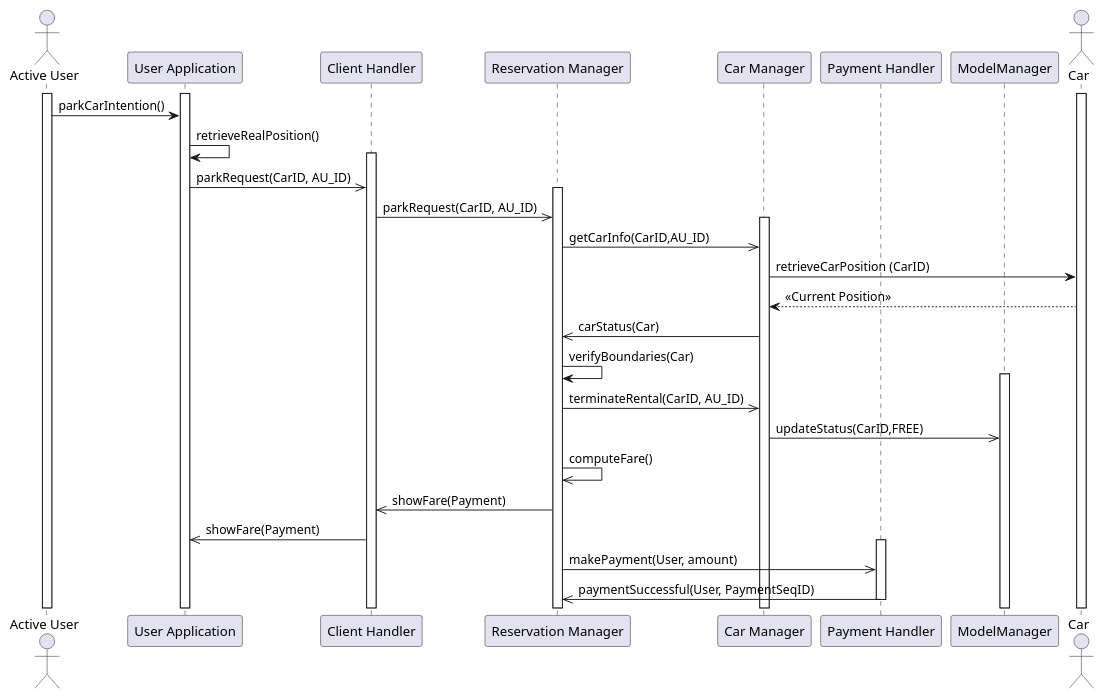
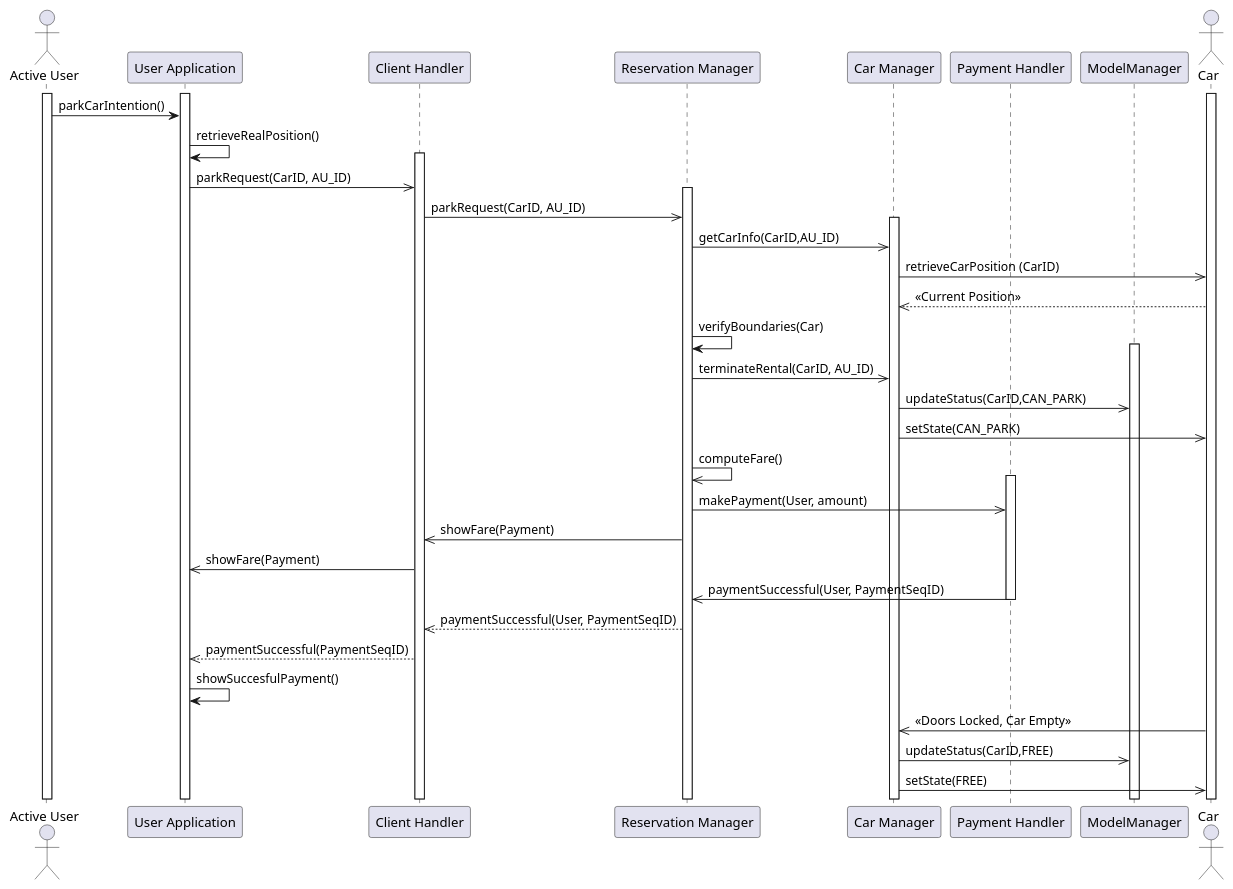
One commit to phisco/sw-eng-2 changed the diagram in DD/Sequence Diagrams/EndRentalInsideSafeZone.pu. Above: the diagram before and after it, drawn with PlantUML. The commit also changed 3 other files, not shown here.

Commit message:
Added UX to LyX. Edited Sequence Diagram.

```diff
--- a/DD/Sequence Diagrams/EndRentalInsideSafeZone.pu
+++ b/DD/Sequence Diagrams/EndRentalInsideSafeZone.pu
@@ -1,41 +1,52 @@
 @startuml
 actor "Active User" as AU
 participant "User Application" as UApp
 participant "Client Handler" as CH
 participant "Reservation Manager" as RM
 participant "Car Manager" as CM
 participant "Payment Handler" as PH
 participant "ModelManager" as MM
 
 
 
 actor "Car"
 activate Car
 activate AU
 activate UApp
 AU -> UApp : parkCarIntention()
 UApp -> UApp : retrieveRealPosition()
 '-> client side check to be in safe zone'
 activate CH
 UApp ->> CH : parkRequest(CarID, AU_ID)
 activate RM
 CH ->> RM :  parkRequest(CarID, AU_ID)
 activate CM
 RM ->> CM : getCarInfo(CarID,AU_ID)
-CM -> Car : retrieveCarPosition (CarID)
-CM <-- Car : <<Current Position>>
-RM <<- CM : carStatus(Car)
+CM ->> Car : retrieveCarPosition (CarID)
+CM <<-- Car : <<Current Position>>
+'RM <<-- CM : carStatus(Car) 'Seems to be useless'
 'Server side check of car position'
 RM -> RM : verifyBoundaries(Car)
 activate MM
 RM ->> CM : terminateRental(CarID, AU_ID)
-CM ->> MM : updateStatus(CarID,FREE)
+CM ->> MM : updateStatus(CarID,CAN_PARK)
+CM ->> Car : setState(CAN_PARK)
 RM ->> RM : computeFare()
+activate PH
+RM ->> PH : makePayment(User, amount)
 CH <<- RM : showFare(Payment)
 UApp <<- CH :showFare(Payment)
-activate PH
-RM ->> PH : makePayment(User, amount)
+
 RM <<- PH : paymentSuccessful(User, PaymentSeqID)
+deactivate PH
+CH <<-- RM :  paymentSuccessful(User, PaymentSeqID)
+UApp <<-- CH : paymentSuccessful(PaymentSeqID)
+UApp -> UApp : showSuccesfulPayment()
+'The customer will terminate the rental on the app and then get off so the car
+'is freed after "some" time
+CM <<- Car : <<Doors Locked, Car Empty>>
+CM ->> MM : updateStatus(CarID,FREE)
+CM ->> Car : setState(FREE)
 
 deactivate PH
 @enduml
```
